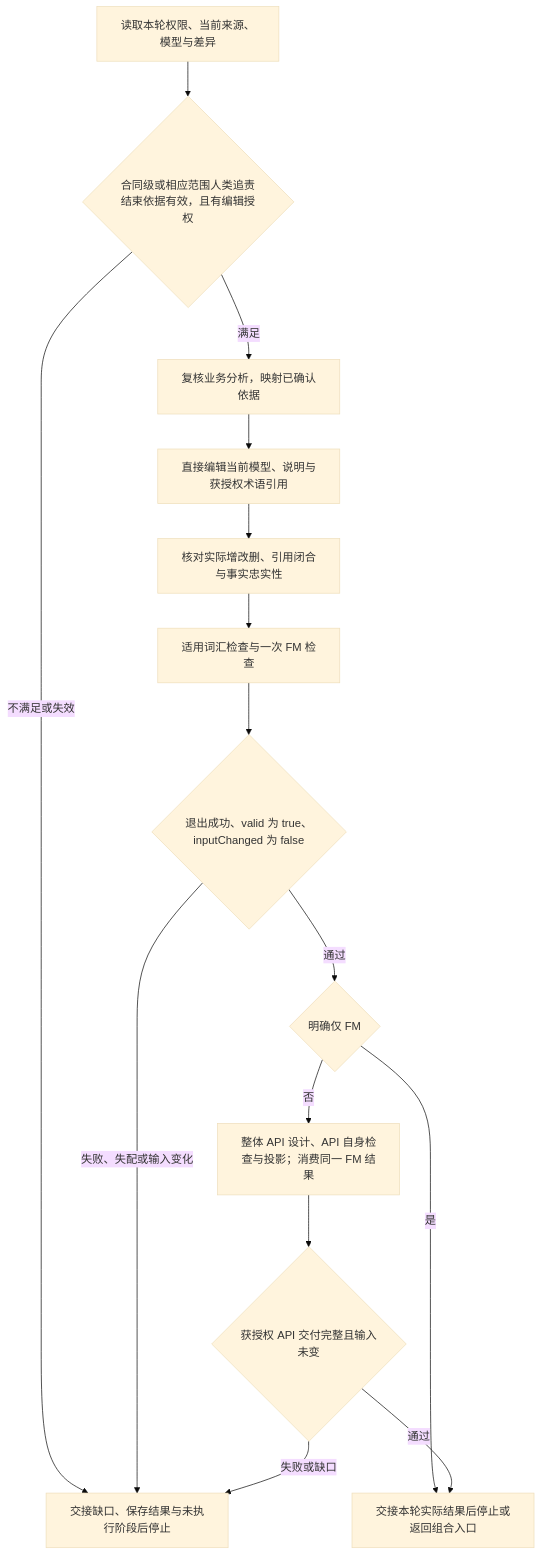
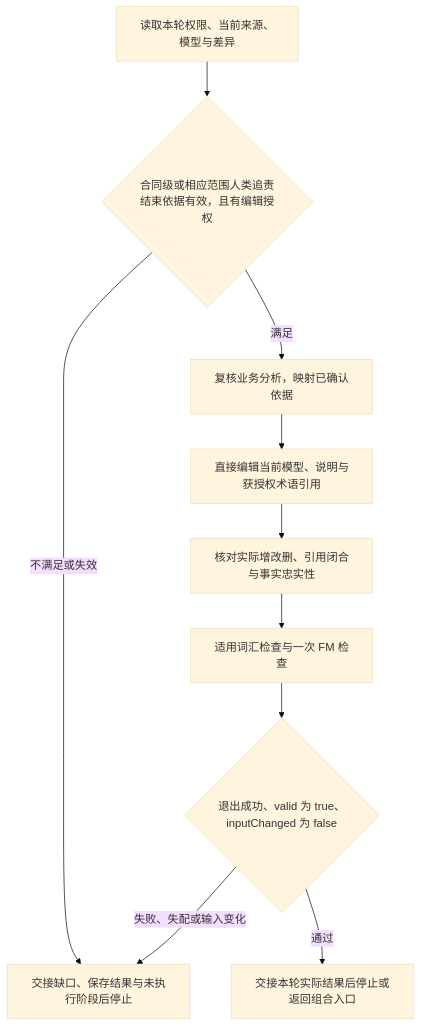
Before and after one commit to JayClock/Evidence-Framework: the diagram in .agents/skills/evidence-fm/references/editing-workflow.md, drawn with Mermaid (base theme). The commit also changed other lines of this file and 164 other files, not shown here.

````diff
--- a/.agents/skills/evidence-fm/references/editing-workflow.md
+++ b/.agents/skills/evidence-fm/references/editing-workflow.md
@@ -7,29 +7,21 @@
 ```mermaid
 flowchart TD
     input[读取本轮权限、当前来源、模型与差异]
     admission{合同级或相应范围人类追责结束依据有效，且有编辑授权}
     mapping[复核业务分析，映射已确认依据]
     edit[直接编辑当前模型、说明与获授权术语引用]
     difference[核对实际增改删、引用闭合与事实忠实性]
     check[适用词汇检查与一次 FM 检查]
     valid{退出成功、valid 为 true、inputChanged 为 false}
-    narrow{明确仅 FM}
-    api[整体 API 设计、API 自身检查与投影；消费同一 FM 结果]
-    apiValid{获授权 API 交付完整且输入未变}
     blocked[交接缺口、保存结果与未执行阶段后停止]
     handoff[交接本轮实际结果后停止或返回组合入口]
     input --> admission
     admission -->|不满足或失效| blocked
     admission -->|满足| mapping
     mapping --> edit
     edit --> difference
     difference --> check
     check --> valid
     valid -->|失败、失配或输入变化| blocked
-    valid -->|通过| narrow
-    narrow -->|是| handoff
-    narrow -->|否| api
-    api --> apiValid
-    apiValid -->|失败或缺口| blocked
-    apiValid -->|通过| handoff
+    valid -->|通过| handoff
 ```
````
